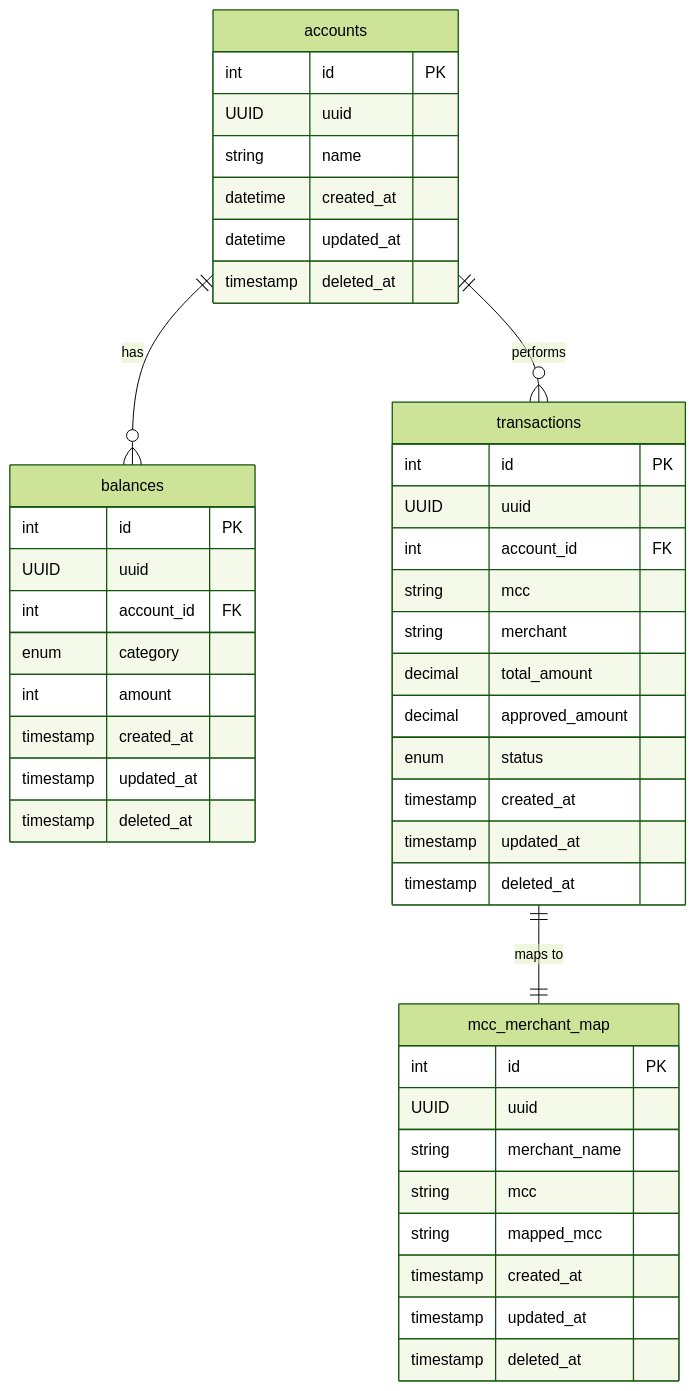
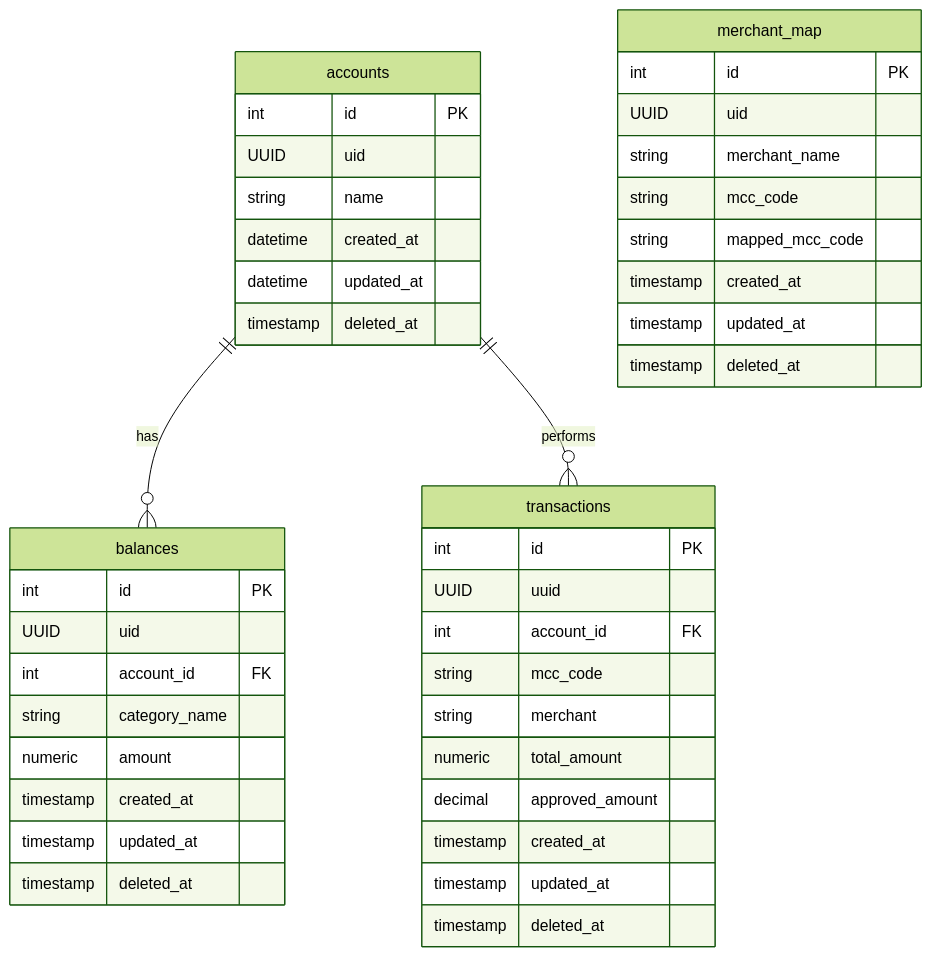
Before and after one commit to marciovmartins/jtonynet-go-payments-api: the second of 3 diagrams in README.md, drawn with Mermaid (forest theme). The commit also changed other lines of this file and 1 other file, not shown here.

````diff
--- a/README.md
+++ b/README.md
@@ -433,51 +448,50 @@
 ```mermaid
 erDiagram
     accounts {
         int id PK
-        UUID uuid
+        UUID uid
         string name
         datetime created_at
         datetime updated_at
         timestamp deleted_at
     }
 
     balances {
         int id PK
-        UUID uuid
+        UUID uid
         int account_id FK
-        enum category
-        int amount
+        string category_name
+        numeric amount
         timestamp created_at
         timestamp updated_at
         timestamp deleted_at
     }
 
     transactions {
         int id PK
         UUID uuid
         int account_id FK
-        string mcc
+        string mcc_code
         string merchant
-        decimal total_amount
+        numeric total_amount
         decimal approved_amount
-        enum status
         timestamp created_at
         timestamp updated_at
         timestamp deleted_at
     }
     
-    mcc_merchant_map {
+    merchant_map {
         int id PK
-        UUID uuid
+        UUID uid
         string merchant_name
-        string mcc
-        string mapped_mcc
+        string mcc_code
+        string mapped_mcc_code
         timestamp created_at
         timestamp updated_at
         timestamp deleted_at
     }
 
     accounts ||--o{ balances : has
     accounts ||--o{ transactions : performs
-    transactions ||--|| mcc_merchant_map : "maps to"
+    
 ```
````
